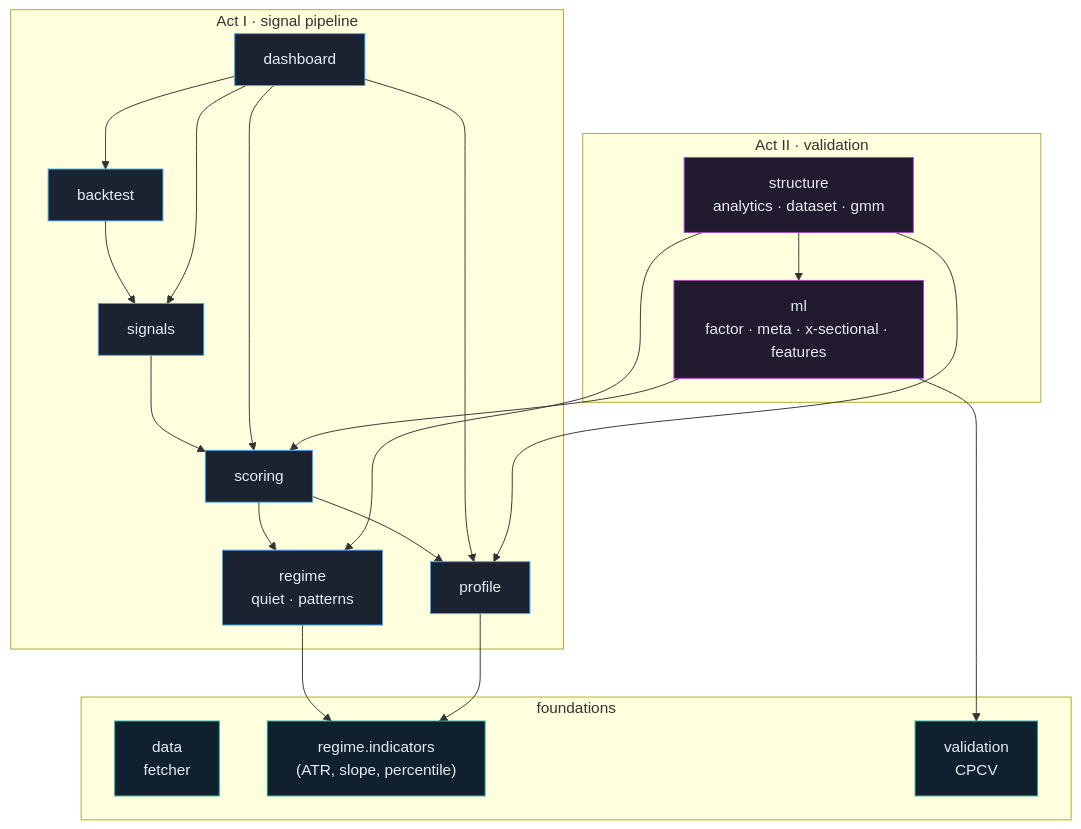
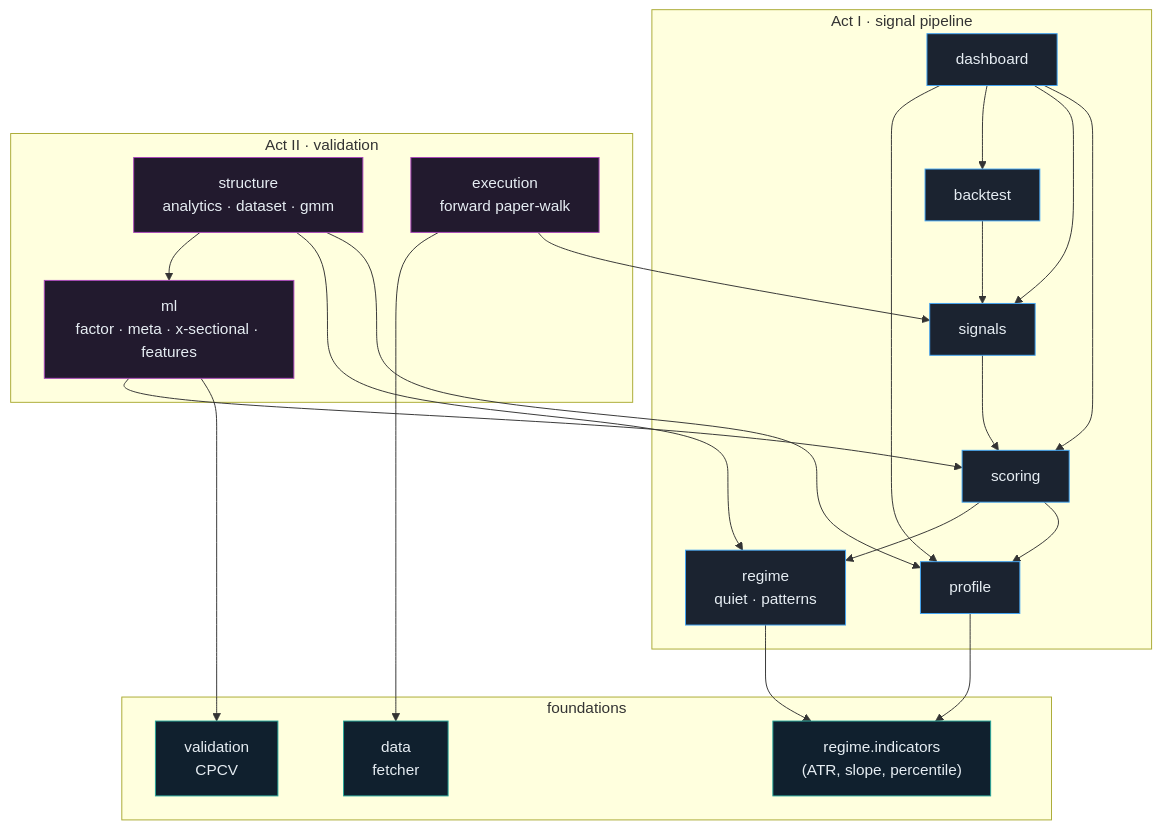
The diagram in docs/ARCHITECTURE.md (RvL13Capital/Impfdireinen), drawn with Mermaid before and after one commit. The commit also changed other lines of this file and 8 other files, not shown here.

First line of the commit message:
Add vpts.execution forward paper-walk — survivorship-free evidence (paper only) (#4)

````diff
--- a/docs/ARCHITECTURE.md
+++ b/docs/ARCHITECTURE.md
@@ -31,33 +31,35 @@
 ```mermaid
 flowchart TD
   subgraph found["foundations"]
     DATA["data<br/>fetcher"]
     IND["regime.indicators<br/>(ATR, slope, percentile)"]
     VAL["validation<br/>CPCV"]
   end
   subgraph act1["Act I · signal pipeline"]
     PROF["profile"]
     REG["regime<br/>quiet · patterns"]
     SCORE["scoring"]
     SIG["signals"]
     BT["backtest"]
     DASH["dashboard"]
   end
   subgraph act2["Act II · validation"]
     ML["ml<br/>factor · meta · x-sectional · features"]
     STR["structure<br/>analytics · dataset · gmm"]
+    EXEC["execution<br/>forward paper-walk"]
   end
 
   REG --> IND
   PROF --> IND
   SCORE --> PROF & REG
   SIG --> SCORE
   BT --> SIG
   DASH --> SCORE & SIG & BT & PROF
   ML --> VAL & SCORE
   STR --> PROF & REG & ML
+  EXEC --> SIG & DATA
   classDef f fill:#10202e,stroke:#26a69a,color:#e6edf3;
   classDef a fill:#1b2330,stroke:#42a5f5,color:#e6edf3;
   classDef b fill:#221a2e,stroke:#ab47bc,color:#e6edf3;
-  class DATA,IND,VAL f; class PROF,REG,SCORE,SIG,BT,DASH a; class ML,STR b;
+  class DATA,IND,VAL f; class PROF,REG,SCORE,SIG,BT,DASH a; class ML,STR,EXEC b;
 ```
````
